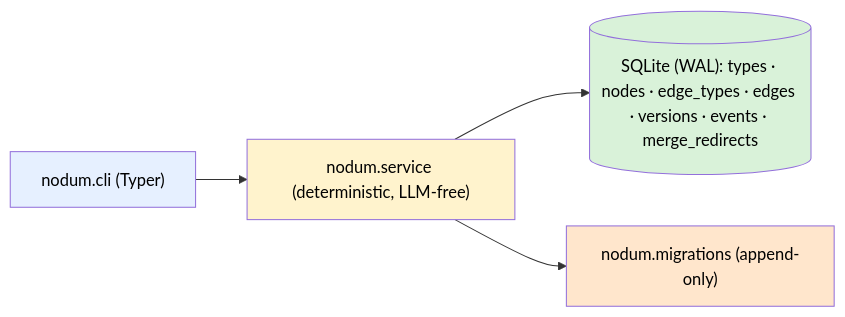
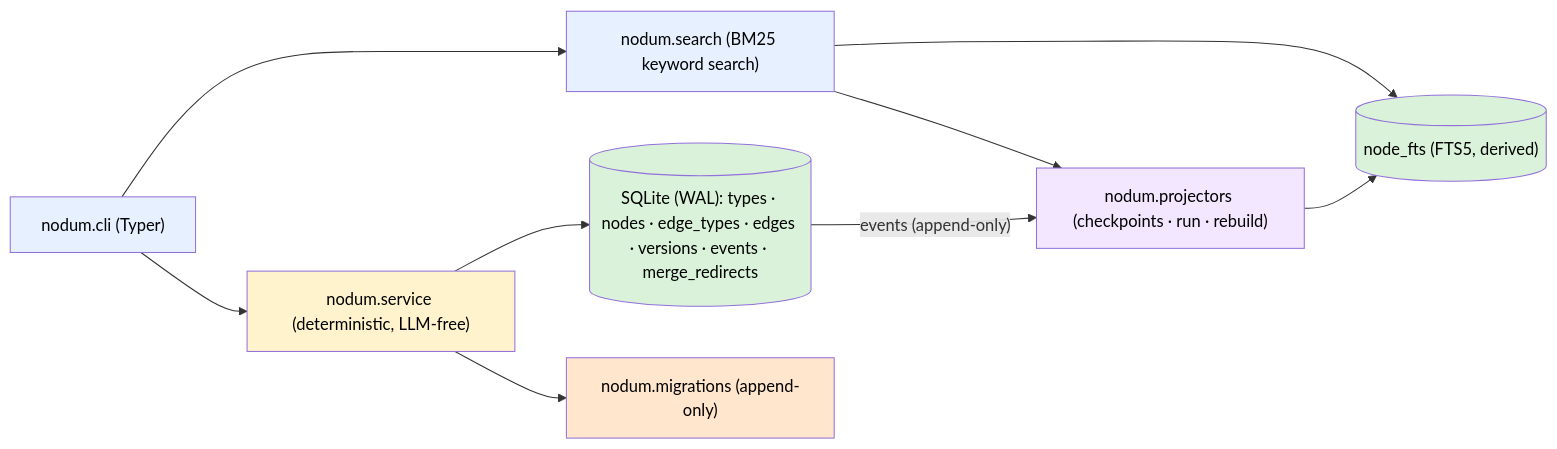
One commit to vcoeur/nodum changed the diagram in docs/architecture.md. Above: the diagram before and after it, drawn with Mermaid. The commit also changed other lines of this file and 10 other files, not shown here.

First line of the commit message:
Add event-log projectors, FTS5 index, and BM25 keyword search

````diff
--- a/docs/architecture.md
+++ b/docs/architecture.md
@@ -8,10 +8,18 @@
 ```mermaid
 flowchart LR
     cli["nodum.cli (Typer)"] --> svc["nodum.service (deterministic, LLM-free)"]
+    cli --> qry["nodum.search (BM25 keyword search)"]
     svc --> db[("SQLite (WAL): types · nodes · edge_types · edges · versions · events · merge_redirects")]
     svc --> mig["nodum.migrations (append-only)"]
+    db -- "events (append-only)" --> prj["nodum.projectors (checkpoints · run · rebuild)"]
+    prj --> fts[("node_fts (FTS5, derived)")]
+    qry --> fts
+    qry --> prj
     style cli fill:#e6f0ff,color:#000
     style svc fill:#fff3cd,color:#000
     style db fill:#d9f2d9,color:#000
     style mig fill:#ffe6cc,color:#000
+    style prj fill:#f3e6ff,color:#000
+    style fts fill:#d9f2d9,color:#000
+    style qry fill:#e6f0ff,color:#000
 ```
````
